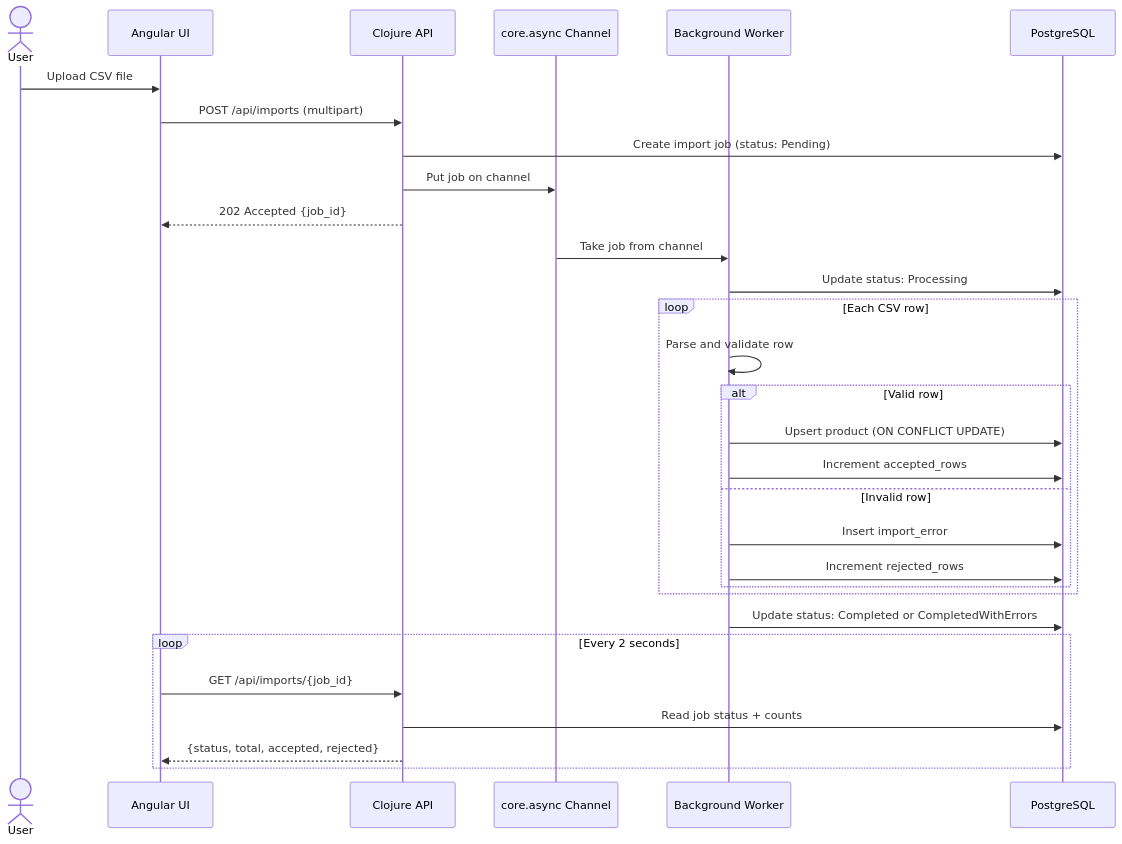
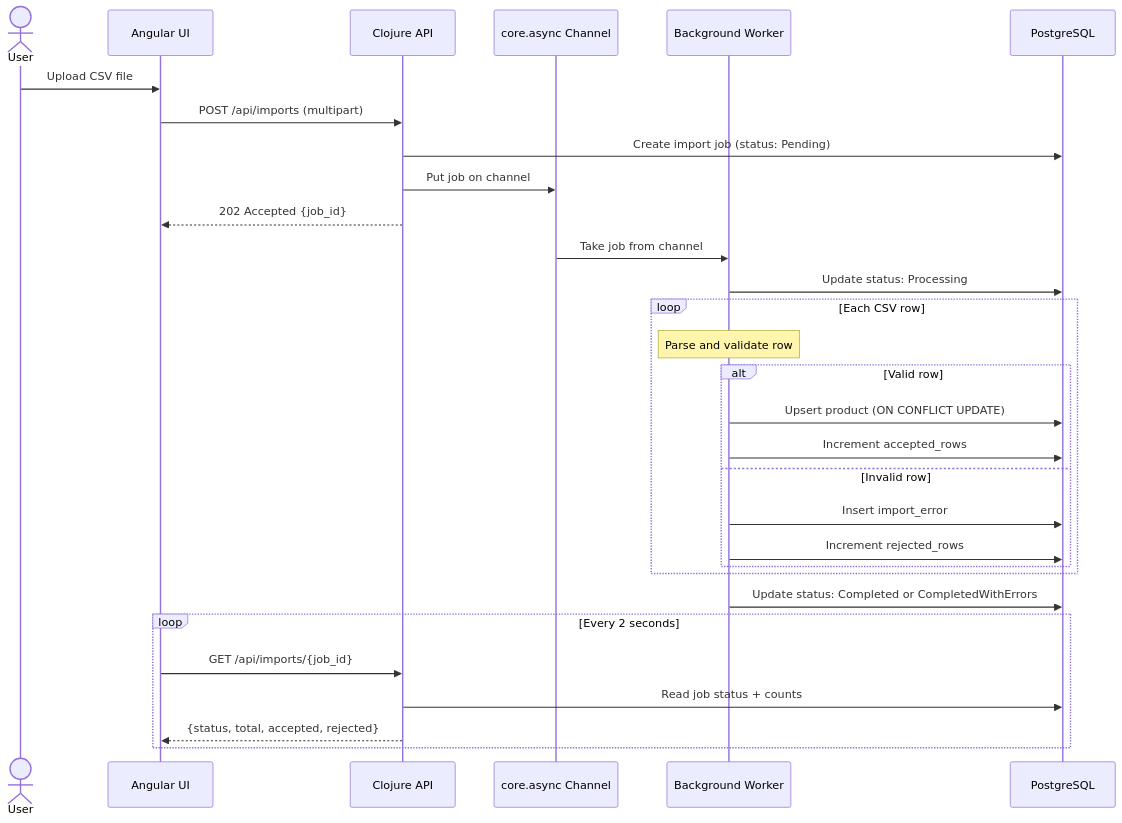
One commit to virgenherrera/GILA_SOFTWARE_CHALLENGE changed the third of 3 diagrams in README.md. Above: the diagram before and after it, drawn with Mermaid. The commit also changed other lines of this file, not shown here.

Commit message:
fix(docs): mermaid diagram syntax and remove polling scope decision
- Fix CSV Import Pipeline diagram: replace invalid Worker->>Worker
  self-message with Note over Worker for parse/validate step
- Remove polling row from Deliberate Scope Decisions table

````diff
--- a/README.md
+++ b/README.md
@@ -155,35 +155,35 @@
 ```mermaid
 sequenceDiagram
     actor User
     participant UI as Angular UI
     participant API as Clojure API
     participant Chan as core.async Channel
     participant Worker as Background Worker
     participant DB as PostgreSQL
 
     User->>UI: Upload CSV file
     UI->>API: POST /api/imports (multipart)
     API->>DB: Create import job (status: Pending)
     API->>Chan: Put job on channel
     API-->>UI: 202 Accepted {job_id}
 
     Chan->>Worker: Take job from channel
     Worker->>DB: Update status: Processing
     loop Each CSV row
-        Worker->>Worker: Parse and validate row
+        Note over Worker: Parse and validate row
         alt Valid row
             Worker->>DB: Upsert product (ON CONFLICT UPDATE)
             Worker->>DB: Increment accepted_rows
         else Invalid row
             Worker->>DB: Insert import_error
             Worker->>DB: Increment rejected_rows
         end
     end
     Worker->>DB: Update status: Completed or CompletedWithErrors
 
     loop Every 2 seconds
         UI->>API: GET /api/imports/{job_id}
         API->>DB: Read job status + counts
         API-->>UI: {status, total, accepted, rejected}
     end
 ```
````
